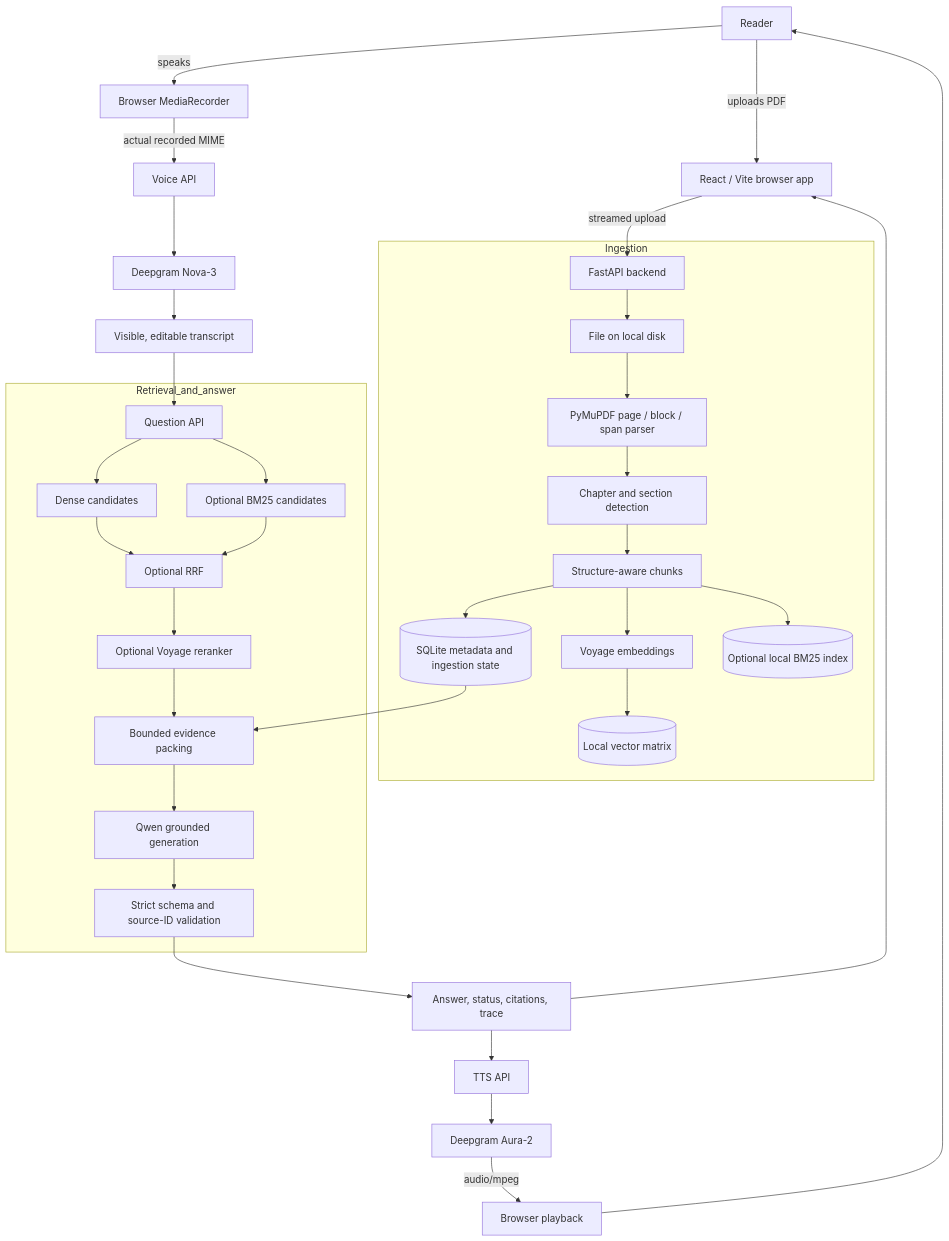
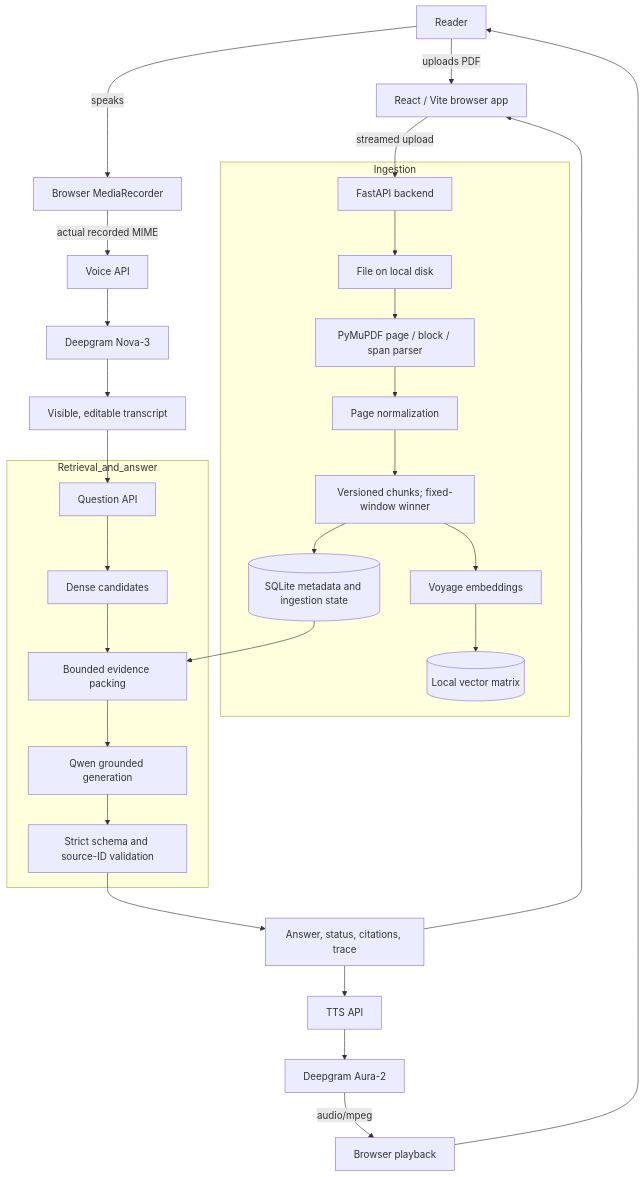
One commit to ccccjnnnn/wiz-ai-voice-book-qa changed the diagram in docs/ARCHITECTURE.md. Above: the diagram before and after it, drawn with Mermaid. The commit also changed other lines of this file and 19 other files, not shown here.

````diff
--- a/docs/ARCHITECTURE.md
+++ b/docs/ARCHITECTURE.md
@@ -11,41 +11,36 @@
 ```mermaid
 flowchart TD
     U[Reader] -->|uploads PDF| FE[React / Vite browser app]
     FE -->|streamed upload| API[FastAPI backend]
 
     subgraph Ingestion
         API --> FILE[File on local disk]
         FILE --> PARSE[PyMuPDF page / block / span parser]
-        PARSE --> STRUCT[Chapter and section detection]
-        STRUCT --> CHUNK[Structure-aware chunks]
+        PARSE --> STRUCT[Page normalization]
+        STRUCT --> CHUNK[Versioned chunks; fixed-window winner]
         CHUNK --> META[(SQLite metadata and ingestion state)]
         CHUNK --> EMB[Voyage embeddings]
         EMB --> DENSE[(Local vector matrix)]
-        CHUNK --> LEX[(Optional local BM25 index)]
     end
 
     U -->|speaks| MIC[Browser MediaRecorder]
     MIC -->|actual recorded MIME| ASRAPI[Voice API]
     ASRAPI --> ASR[Deepgram Nova-3]
     ASR --> TRANSCRIPT[Visible, editable transcript]
     TRANSCRIPT --> QUERY[Question API]
 
     subgraph Retrieval_and_answer
         QUERY --> DR[Dense candidates]
-        QUERY --> BR[Optional BM25 candidates]
-        DR --> FUSE[Optional RRF]
-        BR --> FUSE
-        FUSE --> RERANK[Optional Voyage reranker]
-        RERANK --> PACK[Bounded evidence packing]
+        DR --> PACK[Bounded evidence packing]
         META --> PACK
         PACK --> LLM[Qwen grounded generation]
         LLM --> VALIDATE[Strict schema and source-ID validation]
     end
 
     VALIDATE --> RESULT[Answer, status, citations, trace]
     RESULT --> FE
     RESULT --> TTSAPI[TTS API]
     TTSAPI --> TTS[Deepgram Aura-2]
     TTS -->|audio/mpeg| PLAY[Browser playback]
     PLAY --> U
 ```
````
